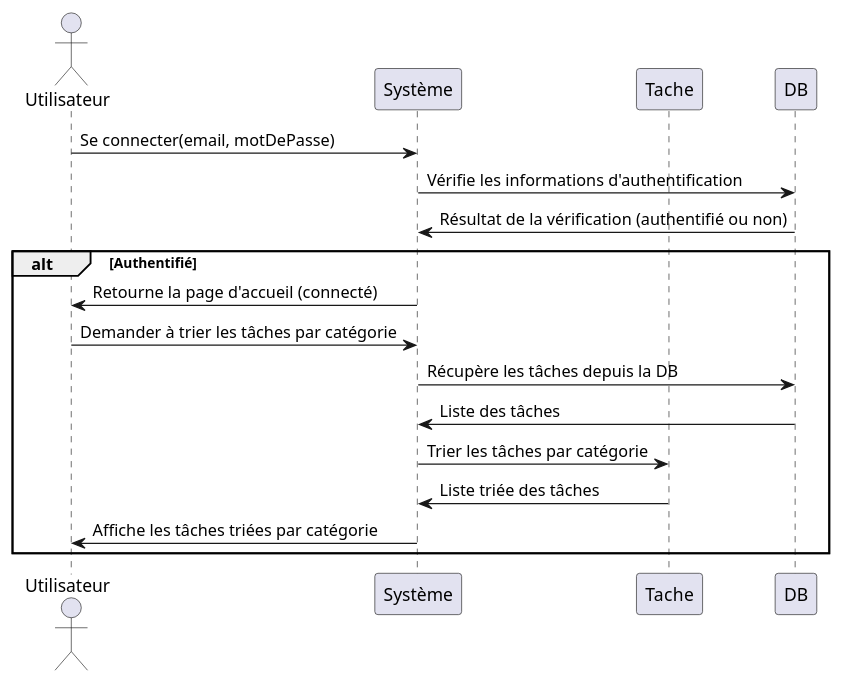
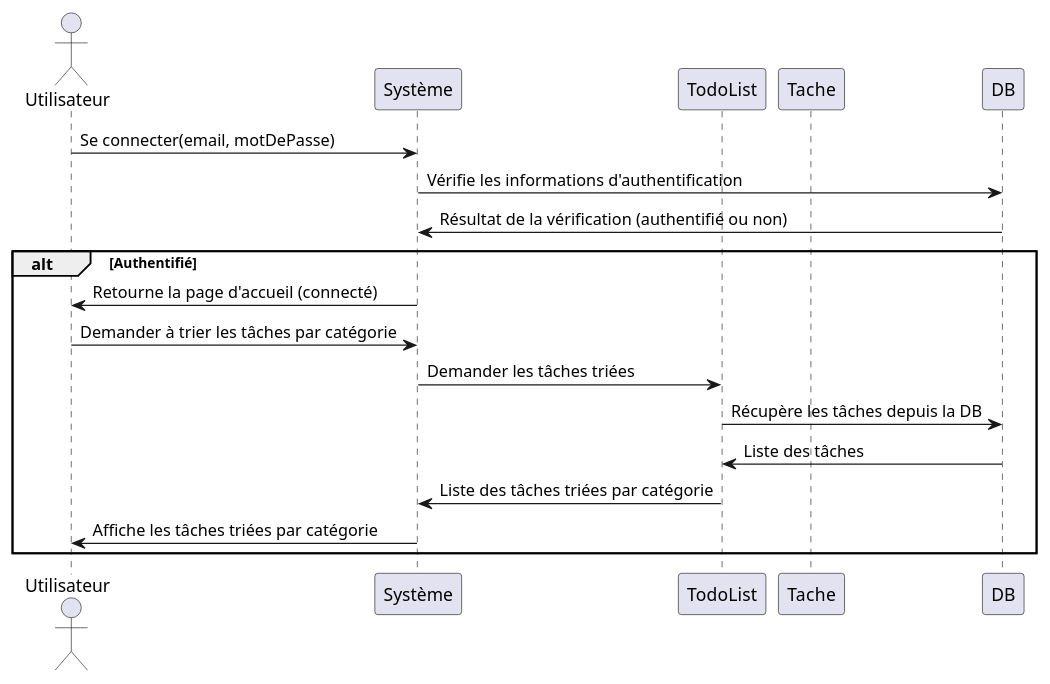
The diagram in src/main/resources/conception/DiagramSequence/sequenceDiagramFiltre.puml (HoudAlami/TodoApp), drawn with PlantUML before and after one commit. The commit also changed 7 other files, not shown here.

Commit message:
Finalisation Modélisation UML

```diff
--- a/src/main/resources/conception/DiagramSequence/sequenceDiagramFiltre.puml
+++ b/src/main/resources/conception/DiagramSequence/sequenceDiagramFiltre.puml
@@ -1,19 +1,20 @@
 @startuml
 actor Utilisateur
 participant "Système" as System
+participant TodoList
 participant Tache
 participant DB
 
 Utilisateur -> System : Se connecter(email, motDePasse)
 System -> DB : Vérifie les informations d'authentification
 DB -> System : Résultat de la vérification (authentifié ou non)
 alt Authentifié
     System -> Utilisateur : Retourne la page d'accueil (connecté)
     Utilisateur -> System : Demander à trier les tâches par catégorie
-    System -> DB : Récupère les tâches depuis la DB
-    DB -> System : Liste des tâches
-    System -> Tache : Trier les tâches par catégorie
-    Tache -> System : Liste triée des tâches
+    System -> TodoList : Demander les tâches triées
+    TodoList -> DB : Récupère les tâches depuis la DB
+    DB -> TodoList : Liste des tâches
+    TodoList -> System : Liste des tâches triées par catégorie
     System -> Utilisateur : Affiche les tâches triées par catégorie
 end
 @enduml
```
